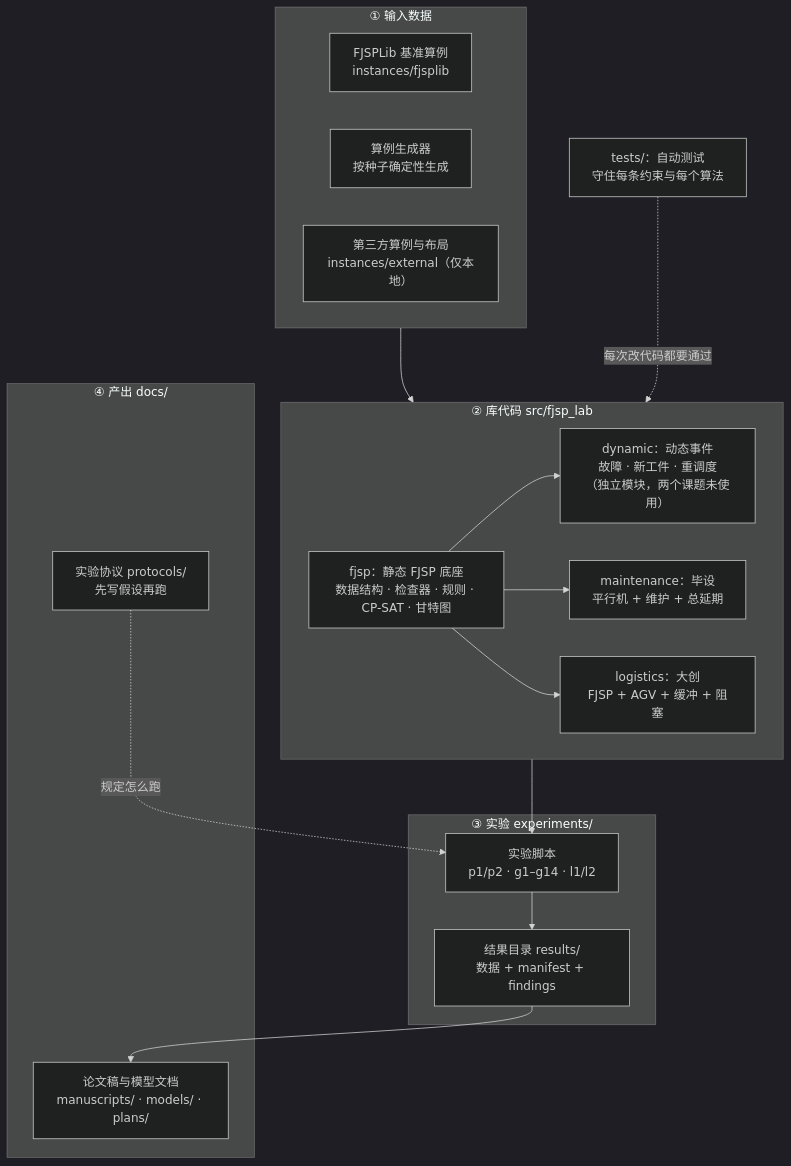
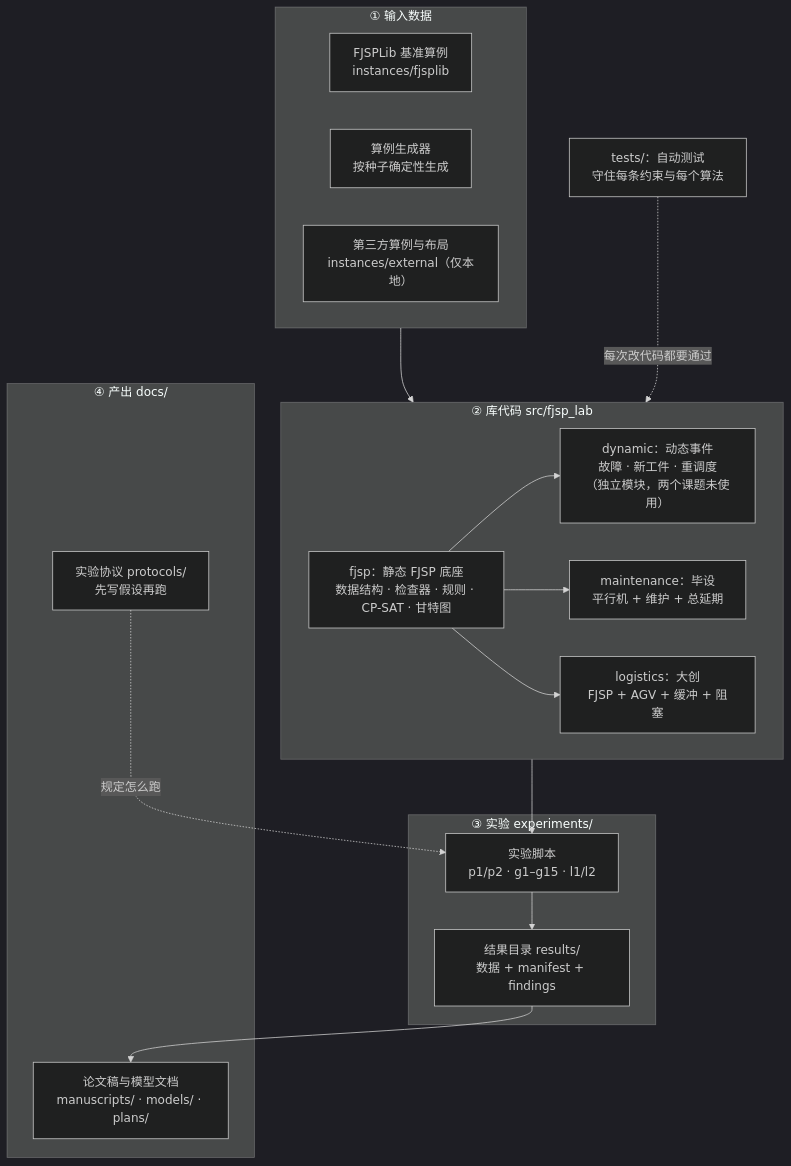
Before and after one commit to i-m-a-g-nation/fjsp-agv-rl-research: the first of 7 diagrams in docs/overview.md, drawn with Mermaid (dark theme). The commit also changed other lines of this file and 11 other files, not shown here.

````diff
--- a/docs/overview.md
+++ b/docs/overview.md
@@ -23,37 +23,37 @@
 ```mermaid
 flowchart TB
     subgraph DATA["① 输入数据"]
         D1["FJSPLib 基准算例<br/>instances/fjsplib"]
         D2["算例生成器<br/>按种子确定性生成"]
         D3["第三方算例与布局<br/>instances/external（仅本地）"]
     end
 
     subgraph LIB["② 库代码 src/fjsp_lab"]
         F["fjsp：静态 FJSP 底座<br/>数据结构 · 检查器 · 规则 · CP-SAT · 甘特图"]
         DY["dynamic：动态事件<br/>故障 · 新工件 · 重调度<br/>（独立模块，两个课题未使用）"]
         M["maintenance：毕设<br/>平行机 + 维护 + 总延期"]
         L["logistics：大创<br/>FJSP + AGV + 缓冲 + 阻塞"]
         F --> DY
         F --> M
         F --> L
     end
 
     subgraph RUN["③ 实验 experiments/"]
-        S["实验脚本<br/>p1/p2 · g1–g14 · l1/l2"]
+        S["实验脚本<br/>p1/p2 · g1–g15 · l1/l2"]
         R["结果目录 results/<br/>数据 + manifest + findings"]
         S --> R
     end
 
     subgraph OUT["④ 产出 docs/"]
         P["实验协议 protocols/<br/>先写假设再跑"]
         W["论文稿与模型文档<br/>manuscripts/ · models/ · plans/"]
     end
 
     T["tests/：自动测试<br/>守住每条约束与每个算法"]
 
     DATA --> LIB
     LIB --> S
     P -. 规定怎么跑 .-> S
     R --> W
     T -. 每次改代码都要通过 .-> LIB
 ```
````
